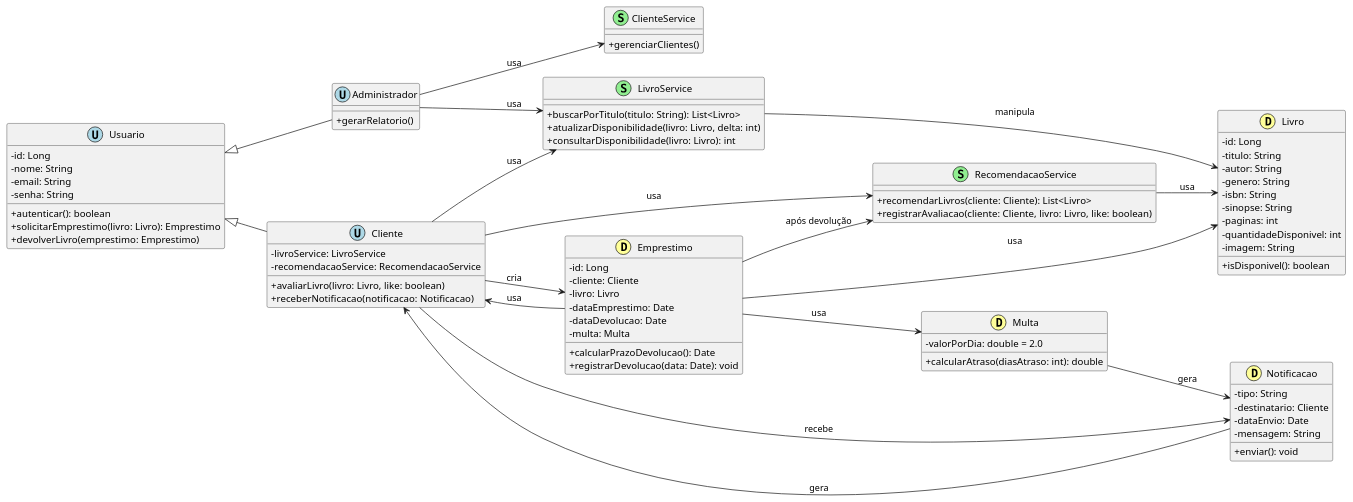
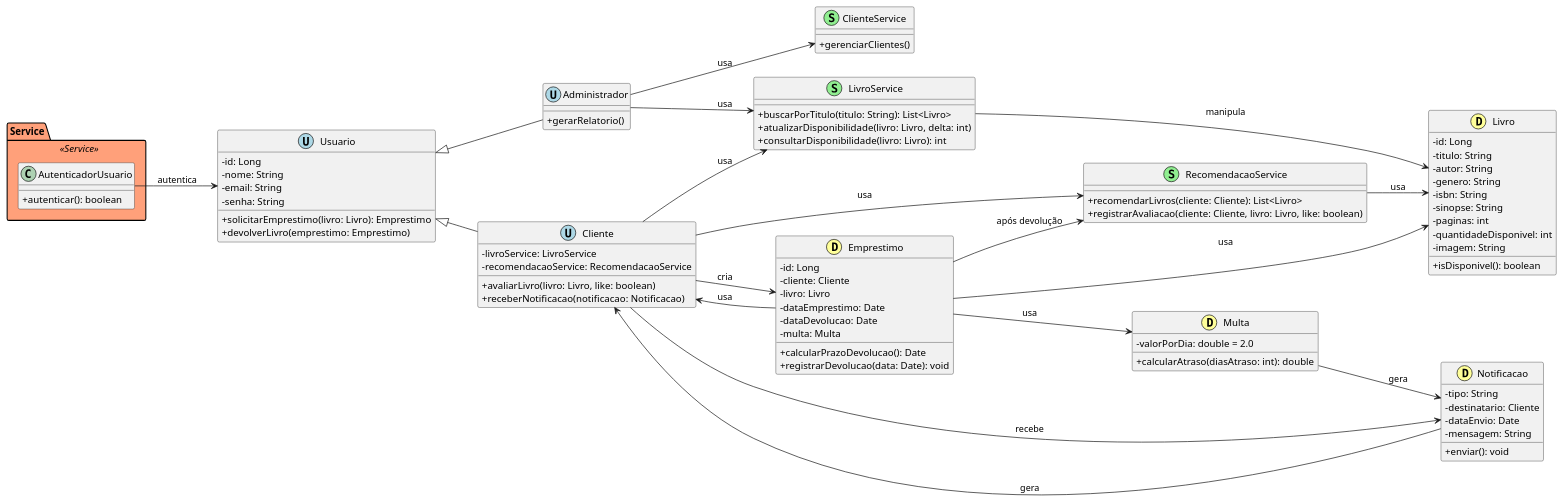
The diagram in docs/uml/class-diagram/class-diagram-2.0.puml (cmoiss/sistema-de-biblioteca), drawn with PlantUML before and after one commit. The commit also changed 2 other files, not shown here.

Commit message:
refactor: class-diagram

```diff
--- a/docs/uml/class-diagram/class-diagram-2.0.puml
+++ b/docs/uml/class-diagram/class-diagram-2.0.puml
@@ -1,108 +1,119 @@
 @startuml
 skinparam classAttributeIconSize 0
 left to right direction
+
+skinparam package {
+    BackgroundColor<<Service>> LightSalmon
+}
+
+package "Service" <<Service>> {
+    class AutenticadorUsuario {
+        +autenticar(): boolean
+    }
+}
 
 ' Estilos por tipo
 ' Usuários - Azul
 class Usuario << (U,#ADD8E6) >> {
     -id: Long
     -nome: String
     -email: String
     -senha: String
-    +autenticar(): boolean
     +solicitarEmprestimo(livro: Livro): Emprestimo
     +devolverLivro(emprestimo: Emprestimo)
 }
 
 class Administrador << (U,#ADD8E6) >> {
     +gerarRelatorio()
 }
 
 class Cliente << (U,#ADD8E6) >> {
     -livroService: LivroService
     -recomendacaoService: RecomendacaoService
     +avaliarLivro(livro: Livro, like: boolean)
     +receberNotificacao(notificacao: Notificacao)
 }
 
 ' Serviços - Verde
 class LivroService << (S,#90EE90) >> {
     +buscarPorTitulo(titulo: String): List<Livro>
     +atualizarDisponibilidade(livro: Livro, delta: int)
     +consultarDisponibilidade(livro: Livro): int
 }
 
 class ClienteService << (S,#90EE90) >> {
     +gerenciarClientes()
 }
 
 class RecomendacaoService << (S,#90EE90) >> {
     +recomendarLivros(cliente: Cliente): List<Livro>
     +registrarAvaliacao(cliente: Cliente, livro: Livro, like: boolean)
 }
 
 ' Domínio - Amarelo
 class Livro << (D,#FFFF99) >> {
     -id: Long
     -titulo: String
     -autor: String
     -genero: String
     -isbn: String
     -sinopse: String
     -paginas: int
     -quantidadeDisponivel: int
     -imagem: String
     +isDisponivel(): boolean
 }
 
 class Emprestimo << (D,#FFFF99) >> {
     -id: Long
     -cliente: Cliente
     -livro: Livro
     -dataEmprestimo: Date
     -dataDevolucao: Date
     -multa: Multa
     +calcularPrazoDevolucao(): Date
     +registrarDevolucao(data: Date): void
 }
 
 class Multa << (D,#FFFF99) >> {
     -valorPorDia: double = 2.0
     +calcularAtraso(diasAtraso: int): double
 }
 
 class Notificacao << (D,#FFFF99) >> {
     -tipo: String
     -destinatario: Cliente
     -dataEnvio: Date
     -mensagem: String
     +enviar(): void
 }
 
 ' Heranças
 Usuario <|-- Administrador
 Usuario <|-- Cliente
 
 ' Relacionamentos
+AutenticadorUsuario --> Usuario : autentica
+
 Administrador --> LivroService : usa
 Administrador --> ClienteService : usa
 
 Cliente --> LivroService : usa
 Cliente --> RecomendacaoService : usa
 Cliente --> Notificacao : recebe
 Cliente --> Emprestimo : cria
 
 Emprestimo --> Livro : usa
 Emprestimo --> Cliente : usa
 Emprestimo --> Multa : usa
 Emprestimo --> RecomendacaoService : "após devolução"
 
 LivroService --> Livro : manipula
 
 Multa --> Notificacao : gera
 
 RecomendacaoService --> Livro : usa
 
 Notificacao --> Cliente : gera
 
 @enduml
```
